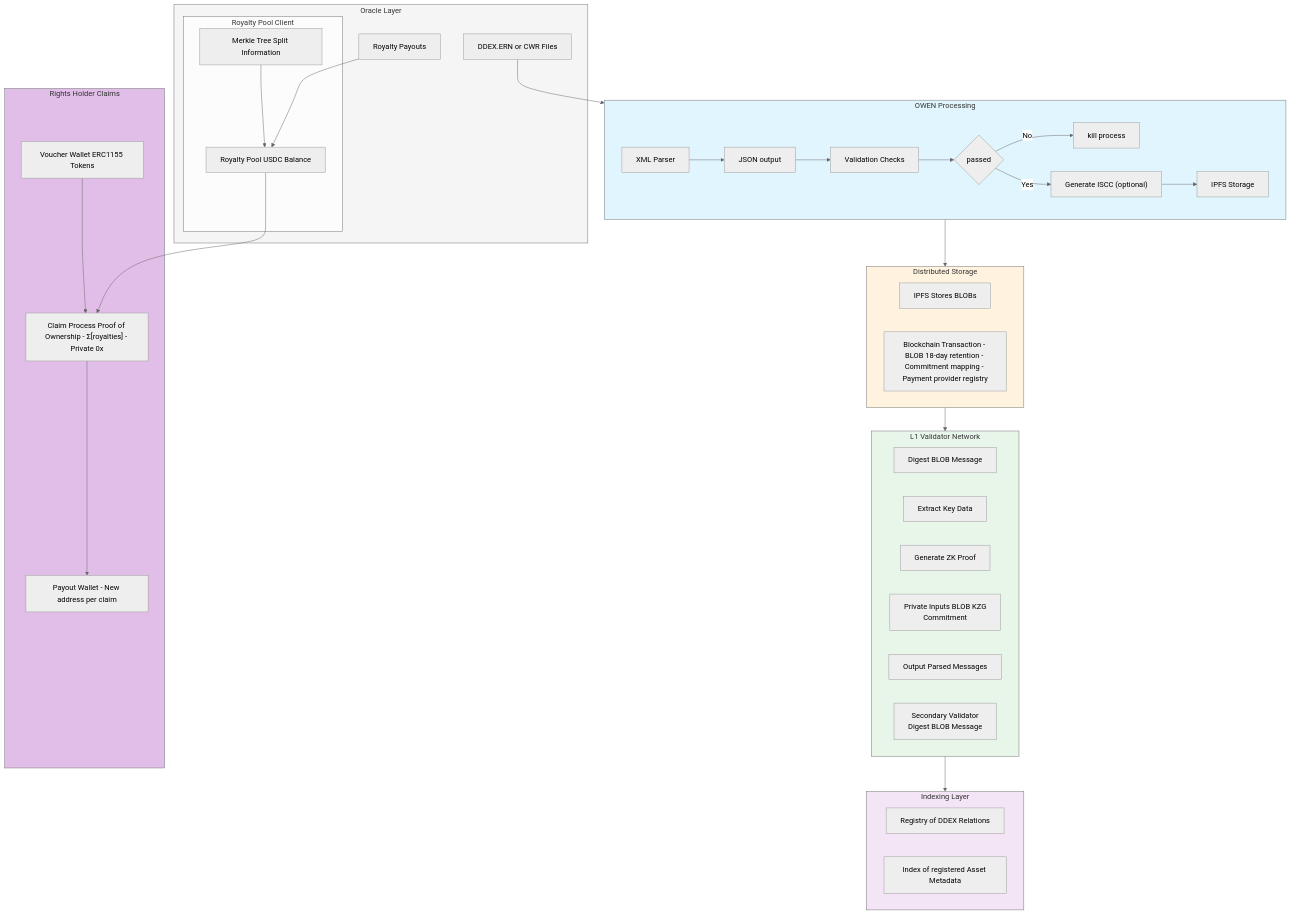
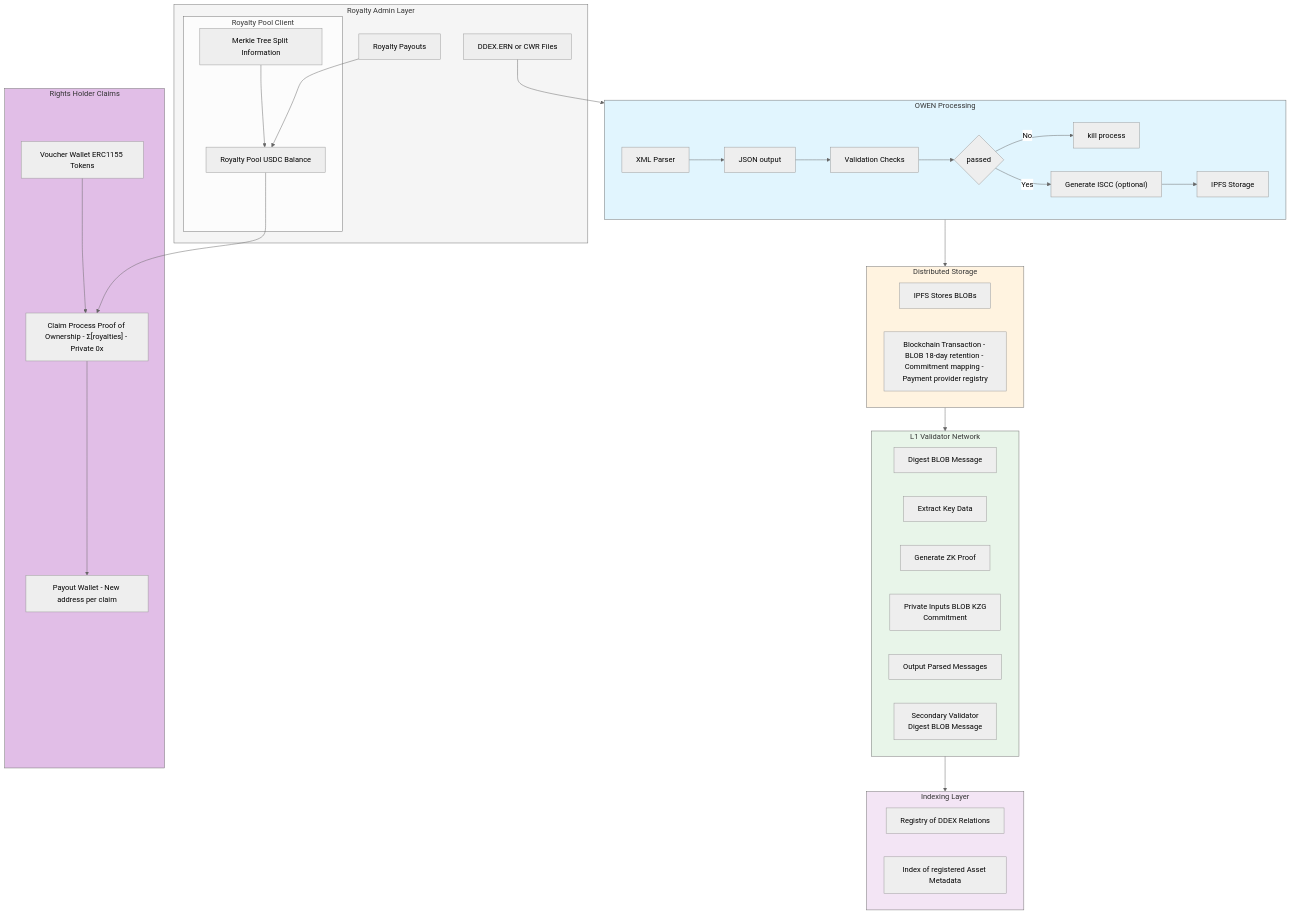
Before and after one commit to originalworks/gitbook: the diagram in resources/main-flow.md, drawn with Mermaid (neutral theme). The commit also changed 12 other files, not shown here.

````diff
--- a/resources/main-flow.md
+++ b/resources/main-flow.md
@@ -1,76 +1,76 @@
 ```mermaid
 
 flowchart TB
-    subgraph Oracle["Oracle Layer"]
+    subgraph RoyaltyAdmin["Royalty Admin Layer"]
         input1["DDEX.ERN or CWR Files"]
         input3["Royalty Payouts"]
         
         subgraph RoyaltyClient["Royalty Pool Client"]
             merkle["Merkle Tree Split Information"]
             pool["Royalty Pool USDC Balance"]
         end
 
         input3 --> pool
     end
 
     subgraph OWEN["OWEN Processing"]
         parse["XML Parser"]
         convert["JSON output"]
         check["Validation Checks"]
         passed{"passed"}
         kill["kill process"]
         generate["Generate ISCC (optional)"]
         ipfs["IPFS Storage"]
     
         parse --> convert
         convert --> check
         check --> passed
         passed -->|No| kill
         passed -->|Yes| generate
         generate --> ipfs
     end
 
     subgraph Storage["Distributed Storage"]
         ipfsStore["IPFS Stores BLOBs"]
         blobContract["Blockchain Transaction - BLOB 18-day retention - Commitment mapping - Payment provider registry"]
     end
 
     subgraph ValidatorNetwork["L1 Validator Network"]
         digest1["Digest BLOB Message"]
         extract["Extract Key Data"]
         zkproof["Generate ZK Proof"]
         commit["Private Inputs BLOB KZG\nCommitment"]
         output["Output Parsed Messages"]
         digest2["Secondary Validator\nDigest BLOB Message"]
     end
 
     subgraph Index["Indexing Layer"]
         registry["Registry of DDEX Relations"]
         metadata["Index of registered Asset Metadata"]
     end
 
     subgraph RightsClaims["Rights Holder Claims"]
         voucher["Voucher Wallet ERC1155 Tokens"]
         claim["Claim Process Proof of Ownership - Σ[royalties] - Private 0x"]
         payout["Payout Wallet - New address per claim"]
     end
 
     input1 --> OWEN
     OWEN --> Storage
     Storage --> ValidatorNetwork
     ValidatorNetwork --> Index
     
     merkle --> pool
     pool --> claim
     voucher --> claim
     claim --> payout
     
-    style Oracle fill:#f5f5f5
+    style RoyaltyAdmin fill:#f5f5f5
     style OWEN fill:#e1f5fe
     style Storage fill:#fff3e0
     style ValidatorNetwork fill:#e8f5e9
     style Index fill:#f3e5f5
     style RightsClaims fill:#e1bee7
 
 
 ```
````
